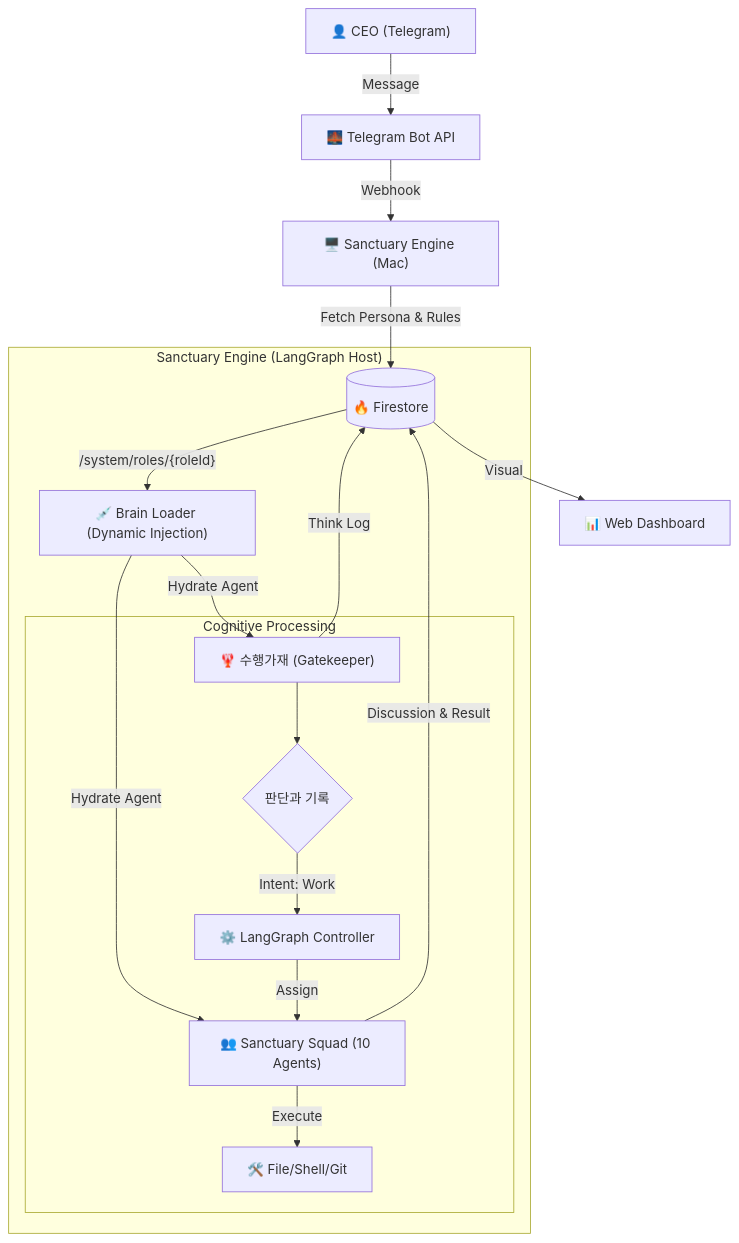
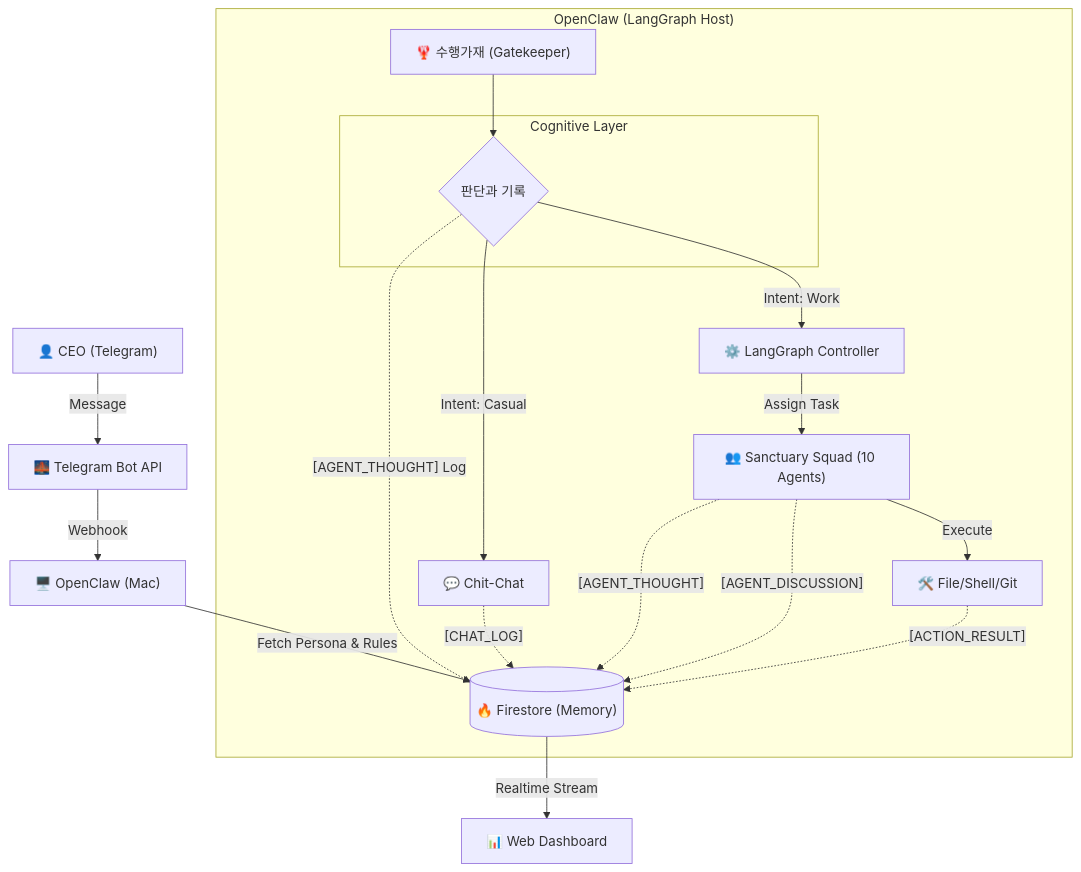
The first of 5 diagrams in docs/core/process/SYSTEM_DESIGN_V1_0.md (yuna-studio/yuna-openclaw), drawn with Mermaid before and after one commit. The commit also changed other lines of this file, not shown here.

````diff
--- a/docs/core/process/SYSTEM_DESIGN_V1_0.md
+++ b/docs/core/process/SYSTEM_DESIGN_V1_0.md
@@ -12,28 +12,33 @@
 ```mermaid
 graph TD
     User["👤 CEO (Telegram)"] -->|Message| Bridge["🌉 Telegram Bot API"]
-    Bridge -->|Webhook| PC["🖥️ Sanctuary Engine (Mac)"]
+    Bridge -->|Webhook| PC["🖥️ OpenClaw (Mac)"]
     
-    PC -->|Fetch Persona & Rules| DB[("🔥 Firestore")]
+    PC -->|Fetch Persona & Rules| DB[("🔥 Firestore (Memory)")]
     
-    subgraph "Sanctuary Engine (LangGraph Host)"
+    subgraph "OpenClaw (LangGraph Host)"
         Suhaeng["🦞 수행가재 (Gatekeeper)"]
-        Loader["💉 Brain Loader (Dynamic Injection)"]
         
-        DB -->|"/system/roles/{roleId}"| Loader
-        Loader -->|Hydrate Agent| Suhaeng
-        Loader -->|Hydrate Agent| Squad["👥 Sanctuary Squad (10 Agents)"]
+        subgraph "Cognitive Layer"
+            Think{판단과 기록}
+        end
+
+        Suhaeng --> Think
+        Think -.->|"[AGENT_THOUGHT] Log"| DB
         
-        subgraph "Cognitive Processing"
-            Suhaeng --> Think{판단과 기록}
-            Think -->|Intent: Work| Orchestrator["⚙️ LangGraph Controller"]
-            Orchestrator -->|Assign| Squad
-            Squad -->|Execute| Tools["🛠️ File/Shell/Git"]
-        end
+        Think -->|Intent: Casual| SimpleLLM["💬 Chit-Chat"]
+        Think -->|Intent: Work| Orchestrator["⚙️ LangGraph Controller"]
+        
+        Orchestrator -->|Assign Task| Squad["👥 Sanctuary Squad (10 Agents)"]
+        
+        Squad -->|Execute| Tools["🛠️ File/Shell/Git"]
+        
+        %% All agents write to DB
+        SimpleLLM -.->|"[CHAT_LOG]"| DB
+        Squad -.->|"[AGENT_THOUGHT]"| DB
+        Squad -.->|"[AGENT_DISCUSSION]"| DB
+        Tools -.->|"[ACTION_RESULT]"| DB
     end
     
-    Suhaeng -->|Think Log| DB
-    Squad -->|Discussion & Result| DB
-    
-    DB -->|Visual| Dashboard["📊 Web Dashboard"]
+    DB -->|Realtime Stream| Dashboard["📊 Web Dashboard"]
 ```
````
